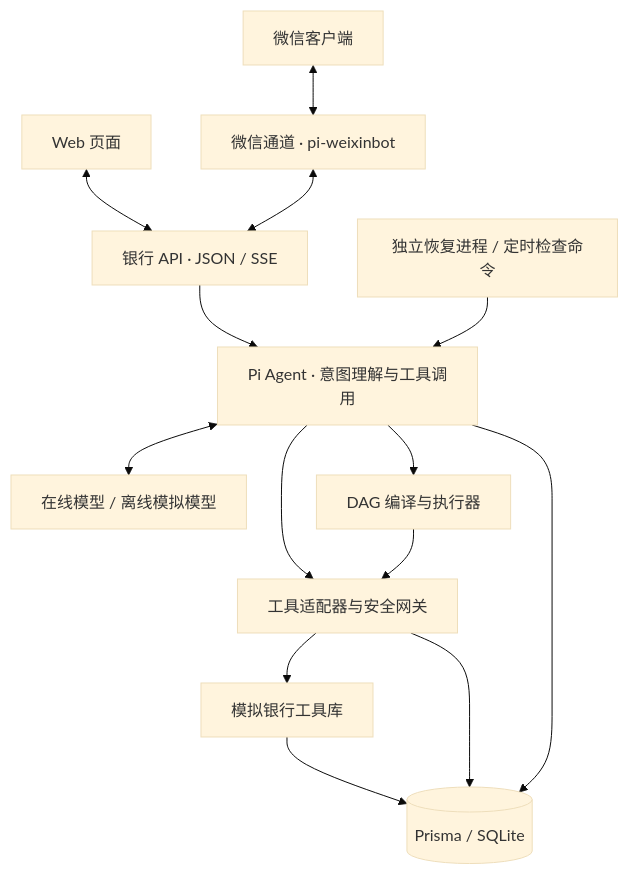
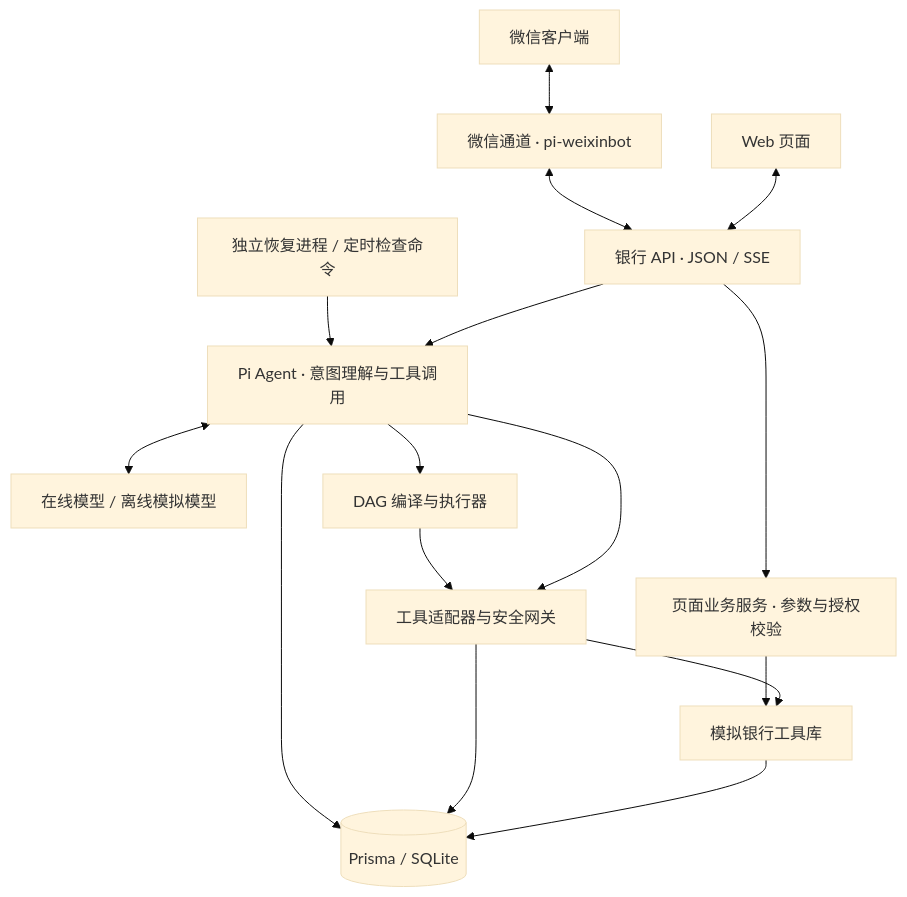
Before and after one commit to Zhenyu2Liang/evox-omni: the first of 2 diagrams in docs/competition/技术文档.md, drawn with Mermaid (base theme). The commit also changed other lines of this file and 1 other file, not shown here.

````diff
--- a/docs/competition/技术文档.md
+++ b/docs/competition/技术文档.md
@@ -19,16 +32,18 @@
 ```mermaid
 flowchart TB
     WEB[Web 页面] <--> API[银行 API · JSON / SSE]
     WX[微信客户端] <--> BOT[微信通道 · pi-weixinbot]
     BOT <--> API
     API --> AGENT[Pi Agent · 意图理解与工具调用]
+    API --> PAGE[页面业务服务 · 参数与授权校验]
     AGENT <--> LLM[在线模型 / 离线模拟模型]
     AGENT --> PLAN[DAG 编译与执行器]
     AGENT --> GATE[工具适配器与安全网关]
     PLAN --> GATE
     GATE --> SDK[模拟银行工具库]
+    PAGE --> SDK
     SDK --> DB[(Prisma / SQLite)]
     GATE --> DB
     AGENT --> DB
     WORKER[独立恢复进程 / 定时检查命令] --> AGENT
 ```
````
